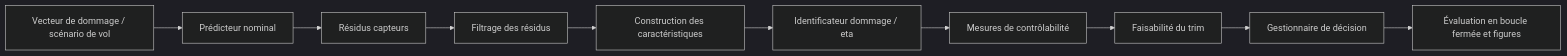
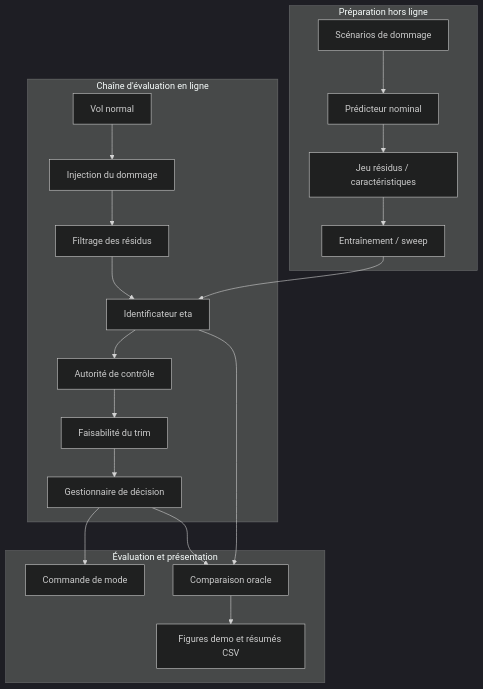
The diagram in README.fr.md (Markslenin/Aircraft-damage-assessment-and-decision), drawn with Mermaid (dark theme) before and after one commit. The commit also changed other lines of this file and 2 other files, not shown here.

Commit message:
Improve README pipeline and demo figure showcase

````diff
--- a/README.fr.md
+++ b/README.fr.md
@@ -74,12 +74,26 @@
 ```mermaid
-flowchart LR
-    A["Vecteur de dommage / scénario de vol"] --> B["Prédicteur nominal"]
-    B --> C["Résidus capteurs"]
-    C --> D["Filtrage des résidus"]
-    D --> E["Construction des caractéristiques"]
-    E --> F["Identificateur dommage / eta"]
-    F --> G["Mesures de contrôlabilité"]
-    G --> H["Faisabilité du trim"]
-    H --> I["Gestionnaire de décision"]
-    I --> J["Évaluation en boucle fermée et figures"]
+flowchart TD
+    subgraph Offline["Préparation hors ligne"]
+        A["Scénarios de dommage"] --> B["Prédicteur nominal"]
+        B --> C["Jeu résidus / caractéristiques"]
+        C --> D["Entraînement / sweep"]
+    end
+
+    subgraph Online["Chaîne d'évaluation en ligne"]
+        E["Vol normal"] --> F["Injection du dommage"]
+        F --> G["Filtrage des résidus"]
+        G --> H["Identificateur eta"]
+        H --> I["Autorité de contrôle"]
+        I --> J["Faisabilité du trim"]
+        J --> K["Gestionnaire de décision"]
+    end
+
+    subgraph Outputs["Évaluation et présentation"]
+        K --> L["Commande de mode"]
+        K --> M["Comparaison oracle"]
+        H --> M
+        M --> N["Figures demo et résumés CSV"]
+    end
+
+    D --> H
 ```
````
